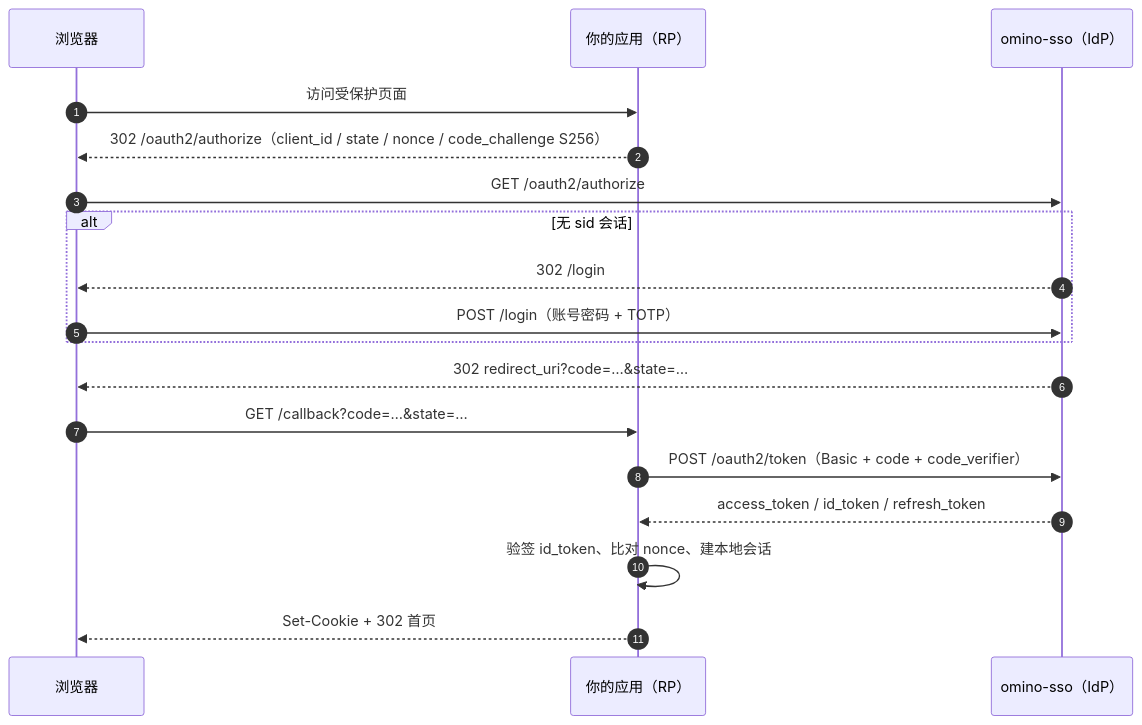
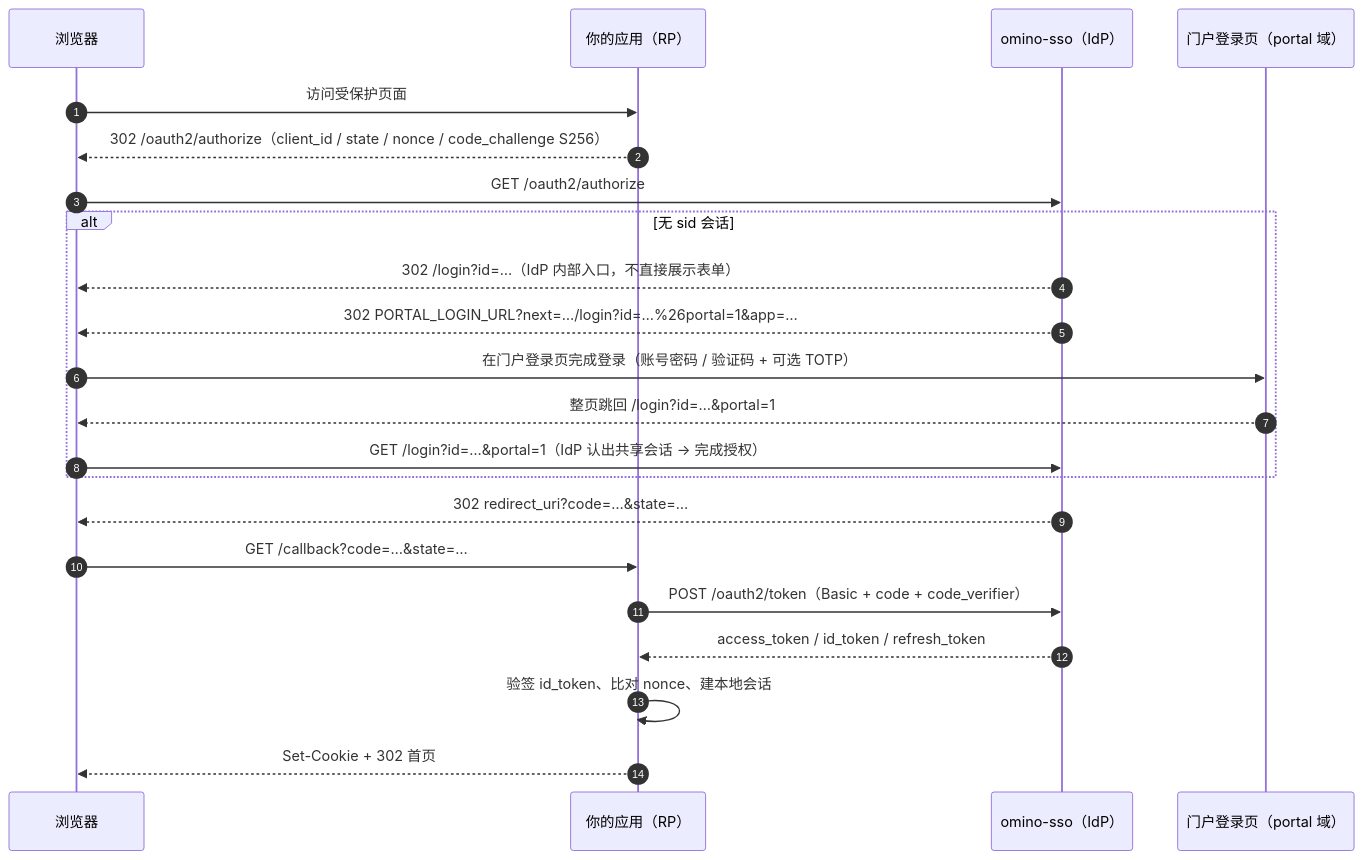
One commit to PactStart/omino-sso changed the second of 2 diagrams in docs/integration-guide.md. Above: the diagram before and after it, drawn with Mermaid. The commit also changed other lines of this file and 23 other files, not shown here.

First line of the commit message:
feat(sso): add 009 portal-login-redirect artifacts and config markers

````diff
--- a/docs/integration-guide.md
+++ b/docs/integration-guide.md
@@ -121,21 +121,25 @@
 ```mermaid
 sequenceDiagram
   autonumber
   participant B as 浏览器
   participant RP as 你的应用（RP）
   participant IdP as omino-sso（IdP）
+  participant P as 门户登录页（portal 域）
 
   B->>RP: 访问受保护页面
   RP-->>B: 302 /oauth2/authorize（client_id / state / nonce / code_challenge S256）
   B->>IdP: GET /oauth2/authorize
   alt 无 sid 会话
-    IdP-->>B: 302 /login
-    B->>IdP: POST /login（账号密码 + TOTP）
+    IdP-->>B: 302 /login?id=…（IdP 内部入口，不直接展示表单）
+    IdP-->>B: 302 PORTAL_LOGIN_URL?next=…/login?id=…%26portal=1&app=…
+    B->>P: 在门户登录页完成登录（账号密码 / 验证码 + 可选 TOTP）
+    P-->>B: 整页跳回 /login?id=…&portal=1
+    B->>IdP: GET /login?id=…&portal=1（IdP 认出共享会话 → 完成授权）
   end
   IdP-->>B: 302 redirect_uri?code=…&state=…
   B->>RP: GET /callback?code=…&state=…
   RP->>IdP: POST /oauth2/token（Basic + code + code_verifier）
   IdP-->>RP: access_token / id_token / refresh_token
   RP->>RP: 验签 id_token、比对 nonce、建本地会话
   RP-->>B: Set-Cookie + 302 首页
 ```
````
